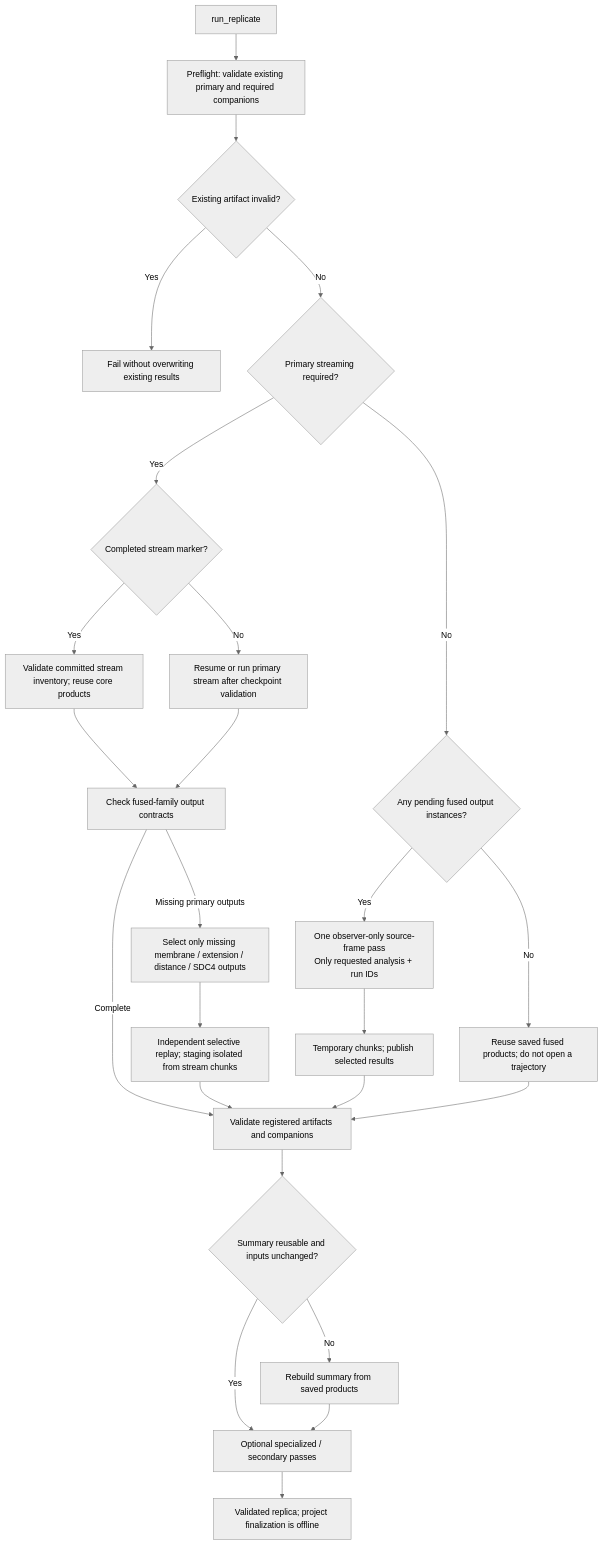
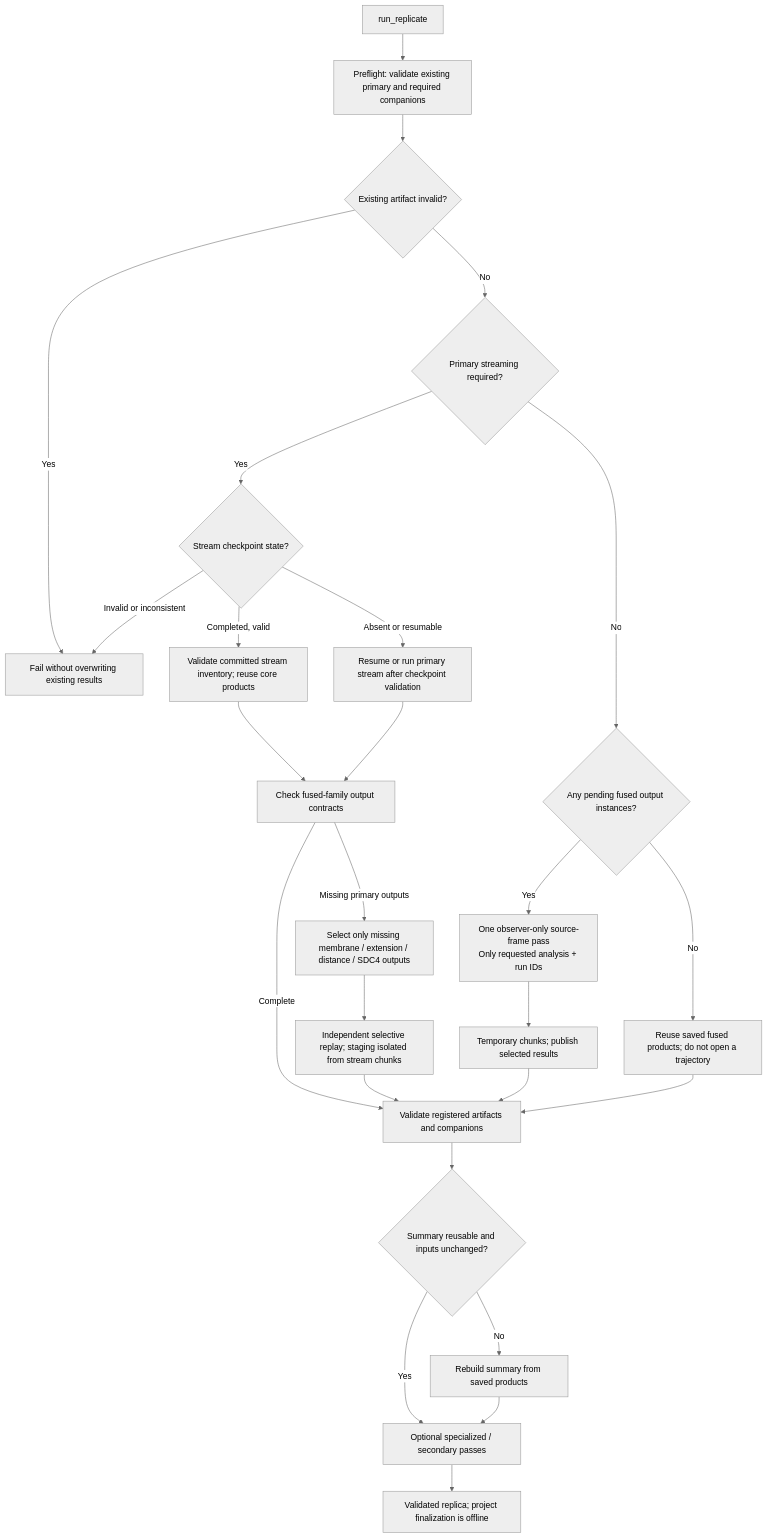
One commit to MarionQL/MDscope changed the second of 3 diagrams in docs/developer/pipeline-graphs.md. Above: the diagram before and after it, drawn with Mermaid (neutral theme).

Commit message:
docs(recovery): explicitly fail on inconsistent or corrupt checkpoints

````diff
--- a/docs/developer/pipeline-graphs.md
+++ b/docs/developer/pipeline-graphs.md
@@ -74,27 +74,28 @@
 ```mermaid
 flowchart TD
     START["run_replicate"] --> PREF["Preflight: validate existing primary and required companions"]
     PREF --> BAD{"Existing artifact invalid?"}
     BAD -->|Yes| STOP["Fail without overwriting existing results"]
     BAD -->|No| CORE{"Primary streaming required?"}
-    CORE -->|Yes| STATE{"Completed stream marker?"}
-    STATE -->|Yes| REUSE["Validate committed stream inventory; reuse core products"]
-    STATE -->|No| STREAM["Resume or run primary stream after checkpoint validation"]
+    CORE -->|Yes| STATE{"Stream checkpoint state?"}
+    STATE -->|Completed, valid| REUSE["Validate committed stream inventory; reuse core products"]
+    STATE -->|Absent or resumable| STREAM["Resume or run primary stream after checkpoint validation"]
+    STATE -->|Invalid or inconsistent| STOP
     REUSE --> FAMILY["Check fused-family output contracts"]
     STREAM --> FAMILY
     FAMILY -->|Missing primary outputs| FALL["Select only missing membrane / extension / distance / SDC4 outputs"]
     FAMILY -->|Complete| VALID["Validate registered artifacts and companions"]
     FALL --> SCRATCH2["Independent selective replay; staging isolated from stream chunks"]
     SCRATCH2 --> VALID
     CORE -->|No| PENDING{"Any pending fused output instances?"}
     PENDING -->|No| SKIP["Reuse saved fused products; do not open a trajectory"]
     PENDING -->|Yes| ONLY["One observer-only source-frame pass<br/>Only requested analysis + run IDs"]
     ONLY --> SCRATCH["Temporary chunks; publish selected results"]
     SCRATCH --> VALID
     SKIP --> VALID
     VALID --> SUMMARY{"Summary reusable and inputs unchanged?"}
     SUMMARY -->|Yes| EXTRA["Optional specialized / secondary passes"]
     SUMMARY -->|No| BUILD["Rebuild summary from saved products"]
     BUILD --> EXTRA
     EXTRA --> DONE["Validated replica; project finalization is offline"]
 ```
````
